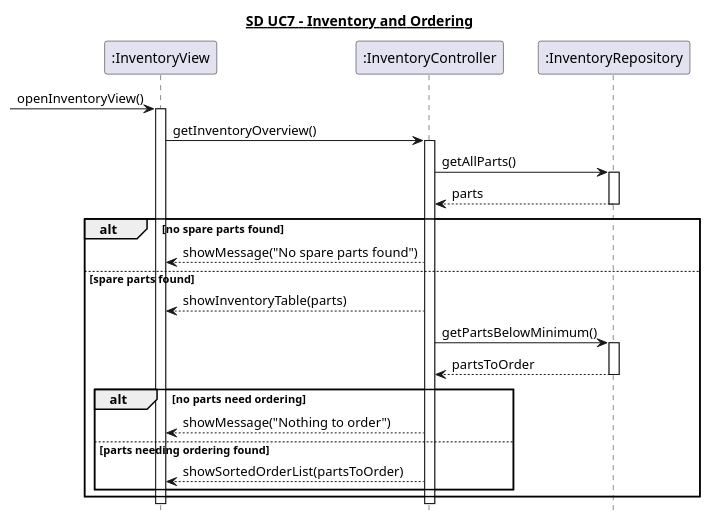
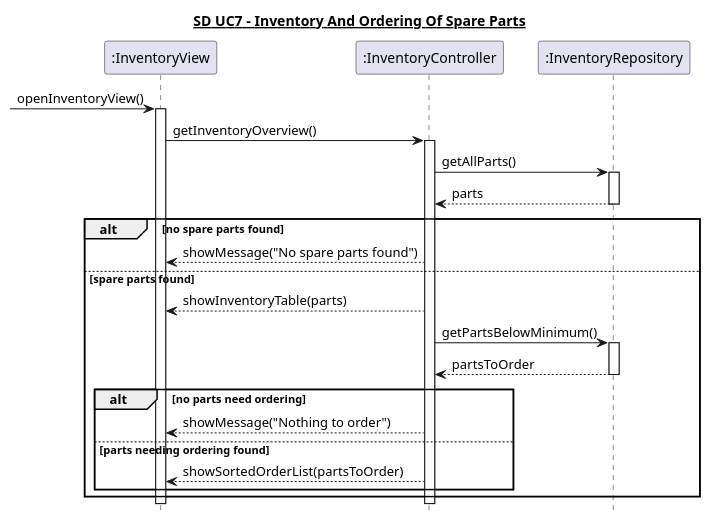
One commit to Zoabz/Getting-Real changed the diagram in 6. Sekvensdiagrammer/UC7_lager_og_bestilling.puml. Above: the diagram before and after it, drawn with PlantUML. The commit also changed 19 other files, not shown here.

```diff
--- a/6. Sekvensdiagrammer/UC7_lager_og_bestilling.puml
+++ b/6. Sekvensdiagrammer/UC7_lager_og_bestilling.puml
@@ -1,42 +1,42 @@
 @startuml
 hide footbox
-title <U>SD UC7 - Inventory and Ordering
+title <U>SD UC7 - Inventory And Ordering Of Spare Parts</U>
 
 participant ":InventoryView" as View
 participant ":InventoryController" as Controller
 participant ":InventoryRepository" as Repository
 
 [-> View : openInventoryView()
 activate View
 
 View -> Controller : getInventoryOverview()
 activate Controller
 
 Controller -> Repository : getAllParts()
 activate Repository
 Repository --> Controller : parts
 deactivate Repository
 
 alt no spare parts found
     Controller --> View : showMessage("No spare parts found")
 
 else spare parts found
     Controller --> View : showInventoryTable(parts)
 
     Controller -> Repository : getPartsBelowMinimum()
     activate Repository
     Repository --> Controller : partsToOrder
     deactivate Repository
 
     alt no parts need ordering
         Controller --> View : showMessage("Nothing to order")
 
     else parts needing ordering found
         Controller --> View : showSortedOrderList(partsToOrder)
     end
 end
 
 deactivate Controller
 deactivate View
 
 @enduml
```
